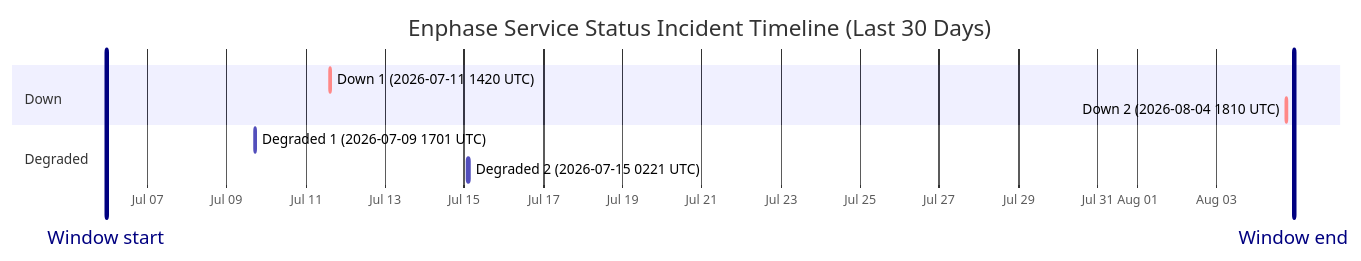
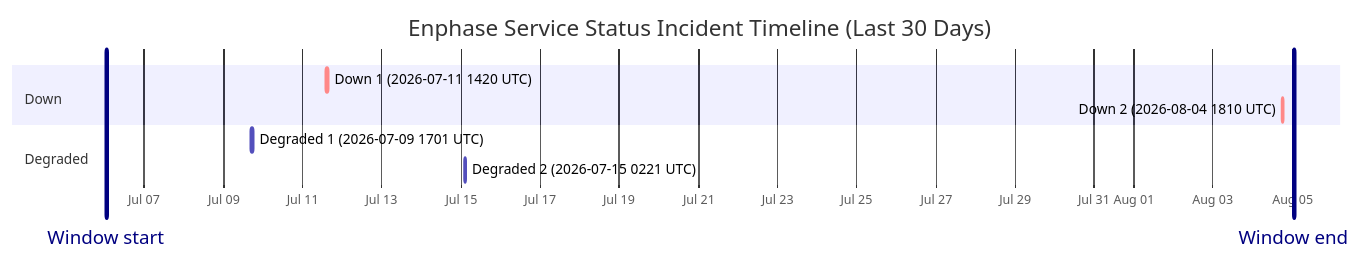
One commit to barneyonline/ha-enphase-energy changed the diagram in wiki/Service-Status-History.md. Above: the diagram before and after it, drawn with Mermaid. The commit also changed other lines of this file and 3 other files, not shown here.

````diff
--- a/wiki/Service-Status-History.md
+++ b/wiki/Service-Status-History.md
@@ -14,14 +14,14 @@
 ```mermaid
 gantt
     title Enphase Service Status Incident Timeline (Last 30 Days)
     dateFormat  YYYY-MM-DDTHH:mm:ss
     axisFormat  %b %d
-    Window start :vert, window-start, 2026-07-05T23:01:53, 0ms
-    Window end :vert, window-end, 2026-08-04T23:01:53, 0ms
+    Window start :vert, window-start, 2026-07-06T00:53:38, 0ms
+    Window end :vert, window-end, 2026-08-05T00:53:38, 0ms
     section Down
     Down 1 (2026-07-11 1420 UTC) :crit, down-1, 2026-07-11T14:20:54, 69m
     Down 2 (2026-08-04 1810 UTC) :crit, down-2, 2026-08-04T18:10:46, 60m
     section Degraded
     Degraded 1 (2026-07-09 1701 UTC) :active, degraded-1, 2026-07-09T17:01:02, 60m
     Degraded 2 (2026-07-15 0221 UTC) :active, degraded-2, 2026-07-15T02:21:35, 60m
 ```
````
